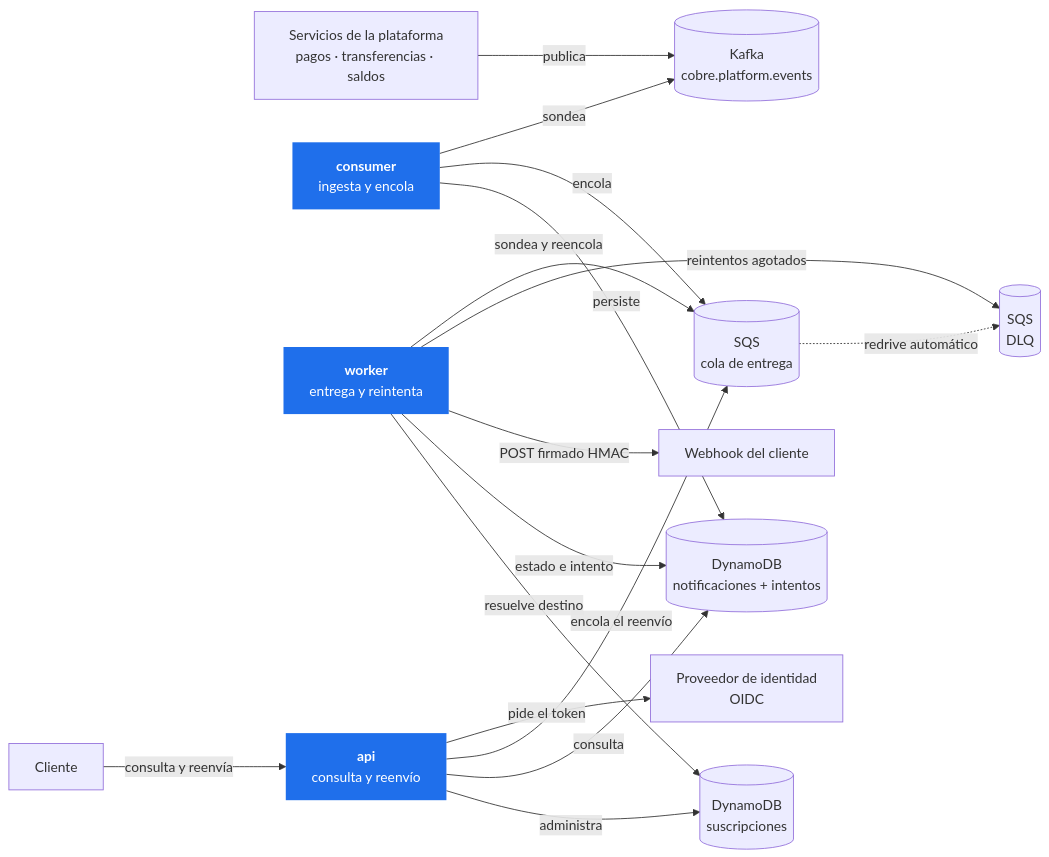
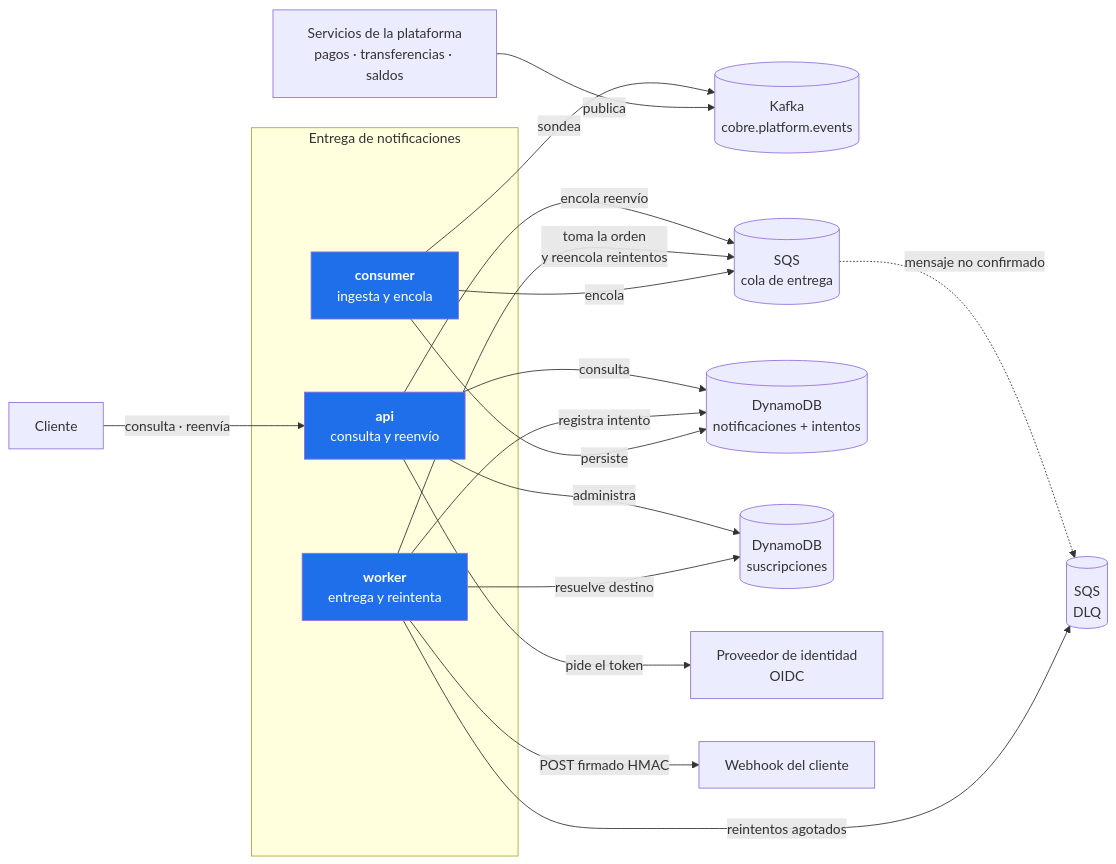
The first of 5 diagrams in README.md (ssalaza7/cobre-notification-delivery), drawn with Mermaid before and after one commit. The commit also changed other lines of this file, not shown here.

Commit message:
docs: el diagrama de arquitectura vuelve a la forma de main
Las variantes que probamos -bandas agrupadas, dos columnas, carriles de
enrutado- no mejoraban la de origen. Se recupera tal cual: flowchart LR, el
recuadro del sistema con los tres ejecutables y el resto alrededor.

Solo cambia lo que la migracion cambio de verdad: PostgreSQL da paso a las dos
tablas de DynamoDB, aparece el proveedor de identidad junto a la api, y las
flechas hacia el bus y la cola salen del componente que sondea, no al reves.

````diff
--- a/README.md
+++ b/README.md
@@ -21,40 +21,38 @@
 ```mermaid
-%%{init: {"flowchart": {"curve": "basis"}}}%%
 flowchart LR
     SVC["Servicios de la plataforma<br/>pagos · transferencias · saldos"]
     K[("Kafka<br/>cobre.platform.events")]
+    Q[("SQS<br/>cola de entrega")]
+    DLQ[("SQS<br/>DLQ")]
+    DB[("DynamoDB<br/>notificaciones + intentos")]
+    SUB[("DynamoDB<br/>suscripciones")]
+    IDP["Proveedor de identidad<br/>OIDC"]
+    CLI["Webhook del cliente"]
     USR["Cliente"]
 
-    CON["<b>consumer</b><br/>ingesta y encola"]
-    W["<b>worker</b><br/>entrega y reintenta"]
-    API["<b>api</b><br/>consulta y reenvío"]
+    subgraph svc["Entrega de notificaciones"]
+        CON["<b>consumer</b><br/>ingesta y encola"]
+        W["<b>worker</b><br/>entrega y reintenta"]
+        API["<b>api</b><br/>consulta y reenvío"]
+    end
 
-    Q[("SQS<br/>cola de entrega")]
-    DLQ[("SQS<br/>DLQ")]
-    HOOK["Webhook del cliente"]
-    IDP["Proveedor de identidad<br/>OIDC"]
+    SVC -->|publica| K
+    CON -->|sondea| K
+    CON -->|persiste| DB
+    CON -->|encola| Q
+    W -->|toma la orden<br/>y reencola reintentos| Q
+    W -->|resuelve destino| SUB
+    W -->|registra intento| DB
+    W -->|POST firmado HMAC| CLI
+    W -->|reintentos agotados| DLQ
+    Q -.->|mensaje no confirmado| DLQ
+    USR -->|consulta · reenvía| API
+    API -->|consulta| DB
+    API -->|administra| SUB
+    API -->|pide el token| IDP
+    API -->|encola reenvío| Q
 
-    DB[("DynamoDB<br/>notificaciones + intentos")]
-    SUB[("DynamoDB<br/>suscripciones")]
-
-    SVC -- "publica" --> K
-    CON -- "sondea" --> K
-    CON -- "encola" --> Q
-    W -- "sondea y reencola" --> Q
-    W -- "reintentos agotados" --> DLQ
-    Q -. "redrive automático" .-> DLQ
-    W -- "POST firmado HMAC" --> HOOK
-    USR -- "consulta y reenvía" --> API
-    API -- "pide el token" --> IDP
-    API -- "encola el reenvío" --> Q
-
-    CON -- "persiste" --> DB
-    W -- "estado e intento" --> DB
-    API -- "consulta" --> DB
-    W -- "resuelve destino" --> SUB
-    API -- "administra" --> SUB
-
-    style CON fill:#1f6feb,color:#fff,stroke:none
-    style W fill:#1f6feb,color:#fff,stroke:none
-    style API fill:#1f6feb,color:#fff,stroke:none
+    style CON fill:#1f6feb,color:#fff
+    style W fill:#1f6feb,color:#fff
+    style API fill:#1f6feb,color:#fff
 ```
````
